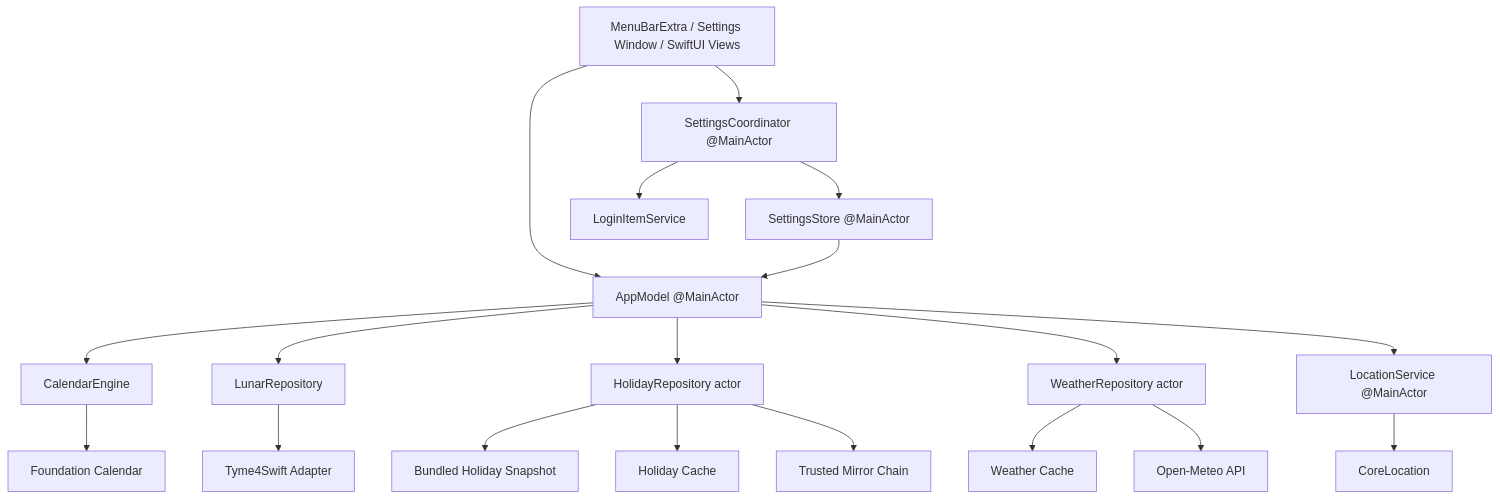
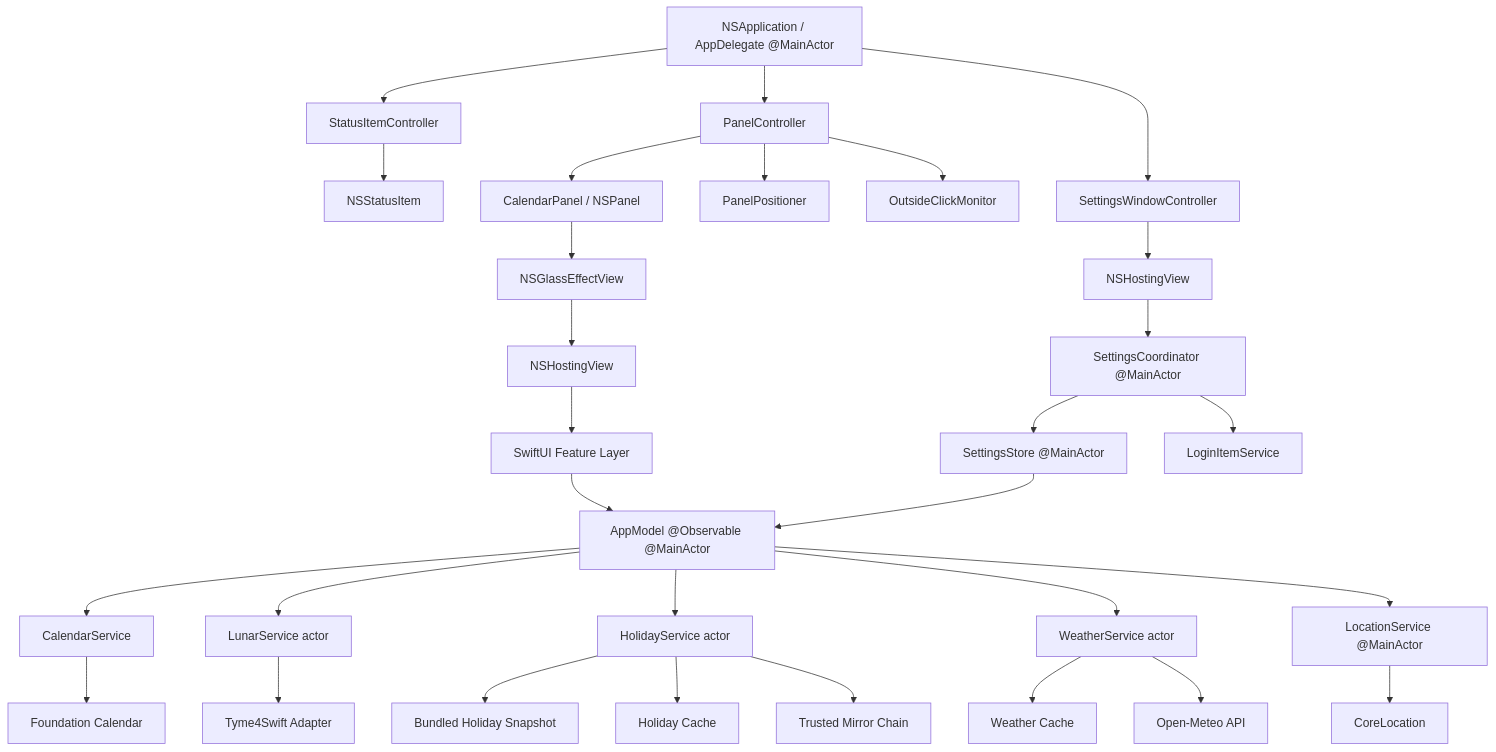
Before and after one commit to atticore/Calenda: the diagram in DESIGN.md, drawn with Mermaid. The commit also changed other lines of this file, not shown here.

````diff
--- a/DESIGN.md
+++ b/DESIGN.md
@@ -129,21 +156,32 @@
 ```mermaid
 flowchart TD
-    UI["MenuBarExtra / Settings Window / SwiftUI Views"] --> VM["AppModel @MainActor"]
-    UI --> SC["SettingsCoordinator @MainActor"]
+    APP["NSApplication / AppDelegate @MainActor"] --> SIC["StatusItemController"]
+    APP --> PC["PanelController"]
+    APP --> SWC["SettingsWindowController"]
+    SIC --> NSI["NSStatusItem"]
+    PC --> NSP["CalendarPanel / NSPanel"]
+    PC --> PP["PanelPositioner"]
+    PC --> OCM["OutsideClickMonitor"]
+    NSP --> GEV["NSGlassEffectView"]
+    GEV --> NHV["NSHostingView"]
+    NHV --> UI["SwiftUI Feature Layer"]
+    SWC --> SHV["NSHostingView<SettingsView>"]
+    UI --> VM["AppModel @Observable @MainActor"]
+    SHV --> SC["SettingsCoordinator @MainActor"]
     SC --> SS["SettingsStore @MainActor"]
     SC --> LI["LoginItemService"]
-    VM --> CE["CalendarEngine"]
-    VM --> LR["LunarRepository"]
-    VM --> HR["HolidayRepository actor"]
-    VM --> WR["WeatherRepository actor"]
+    VM --> CS["CalendarService"]
+    VM --> LUS["LunarService actor"]
+    VM --> HS["HolidayService actor"]
+    VM --> WS["WeatherService actor"]
     VM --> LS["LocationService @MainActor"]
     SS --> VM
-    CE --> FD["Foundation Calendar"]
-    LR --> TY["Tyme4Swift Adapter"]
-    HR --> HB["Bundled Holiday Snapshot"]
-    HR --> HC["Holiday Cache"]
-    HR --> HN["Trusted Mirror Chain"]
-    WR --> WC["Weather Cache"]
-    WR --> OM["Open-Meteo API"]
+    CS --> FD["Foundation Calendar"]
+    LUS --> TY["Tyme4Swift Adapter"]
+    HS --> HB["Bundled Holiday Snapshot"]
+    HS --> HC["Holiday Cache"]
+    HS --> HN["Trusted Mirror Chain"]
+    WS --> WC["Weather Cache"]
+    WS --> OM["Open-Meteo API"]
     LS --> CL["CoreLocation"]
 ```
````
